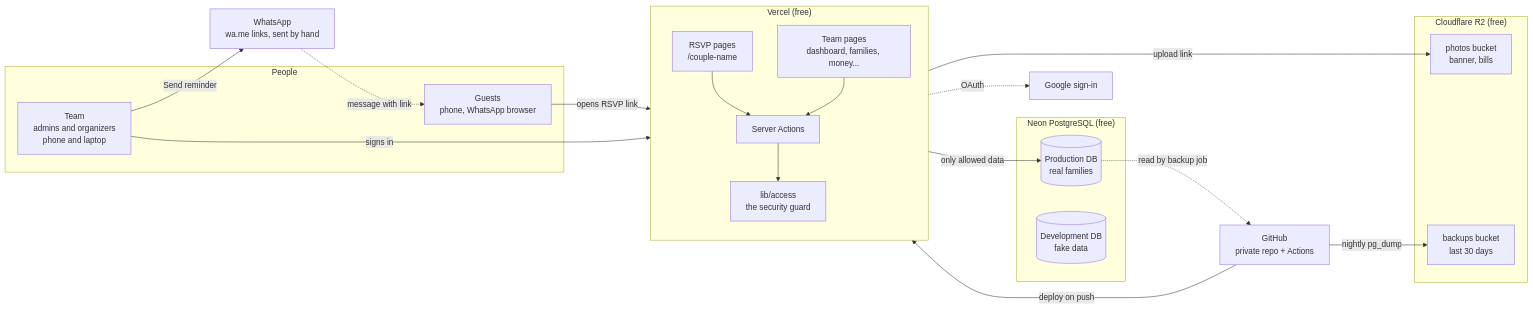
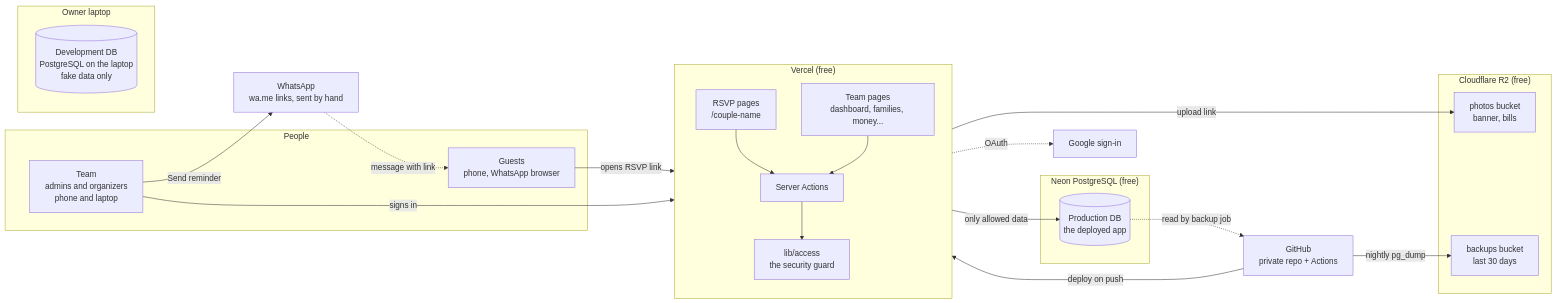
The first of 5 diagrams in docs/architecture/2026-10-24-shaadidesk-architecture.md (chanchal2003/Wedding-Planer-), drawn with Mermaid before and after one commit. The commit also changed other lines of this file and 10 other files, not shown here.

````diff
--- a/docs/architecture/2026-10-24-shaadidesk-architecture.md
+++ b/docs/architecture/2026-10-24-shaadidesk-architecture.md
@@ -30,43 +30,46 @@
 ```mermaid
 flowchart LR
   subgraph People
     G["Guests<br/>phone, WhatsApp browser"]
     T["Team<br/>admins and organizers<br/>phone and laptop"]
   end
 
   subgraph Vercel["Vercel (free)"]
     direction TB
     RSVP["RSVP pages<br/>/couple-name"]
     TEAM["Team pages<br/>dashboard, families, money..."]
     SA["Server Actions"]
     ACC["lib/access<br/>the security guard"]
     RSVP --> SA
     TEAM --> SA
     SA --> ACC
   end
 
   subgraph Neon["Neon PostgreSQL (free)"]
-    PROD[("Production DB<br/>real families")]
-    DEV[("Development DB<br/>fake data")]
+    PROD[("Production DB<br/>the deployed app")]
+  end
+
+  subgraph Laptop["Owner laptop"]
+    DEV[("Development DB<br/>PostgreSQL on the laptop<br/>fake data only")]
   end
 
   subgraph R2["Cloudflare R2 (free)"]
     PH["photos bucket<br/>banner, bills"]
     BK["backups bucket<br/>last 30 days"]
   end
 
   GO["Google sign-in"]
   WA["WhatsApp<br/>wa.me links, sent by hand"]
   GH["GitHub<br/>private repo + Actions"]
 
   G -->|"opens RSVP link"| RSVP
   T -->|"signs in"| TEAM
   TEAM -.->|"OAuth"| GO
   ACC -->|"only allowed data"| PROD
   SA -->|"upload link"| PH
   T -->|"Send reminder"| WA
   WA -.->|"message with link"| G
   GH -->|"deploy on push"| Vercel
   GH -->|"nightly pg_dump"| BK
   PROD -.->|"read by backup job"| GH
 ```
````
